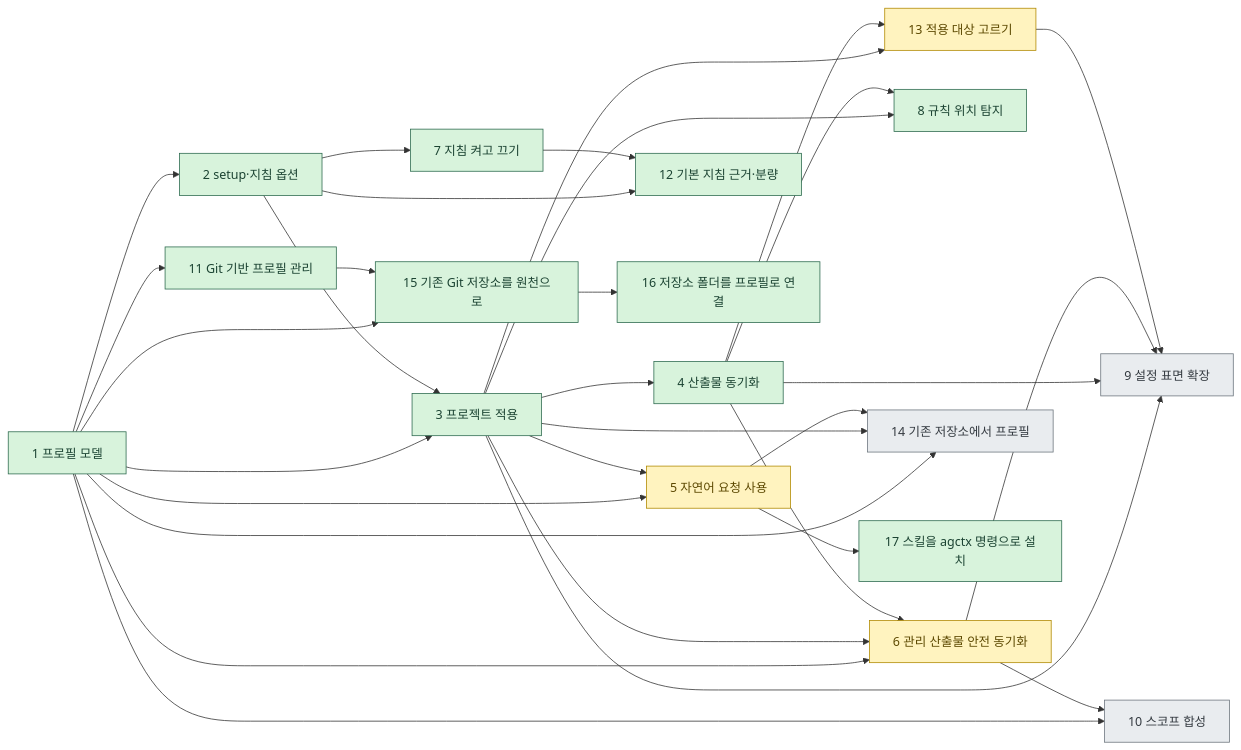
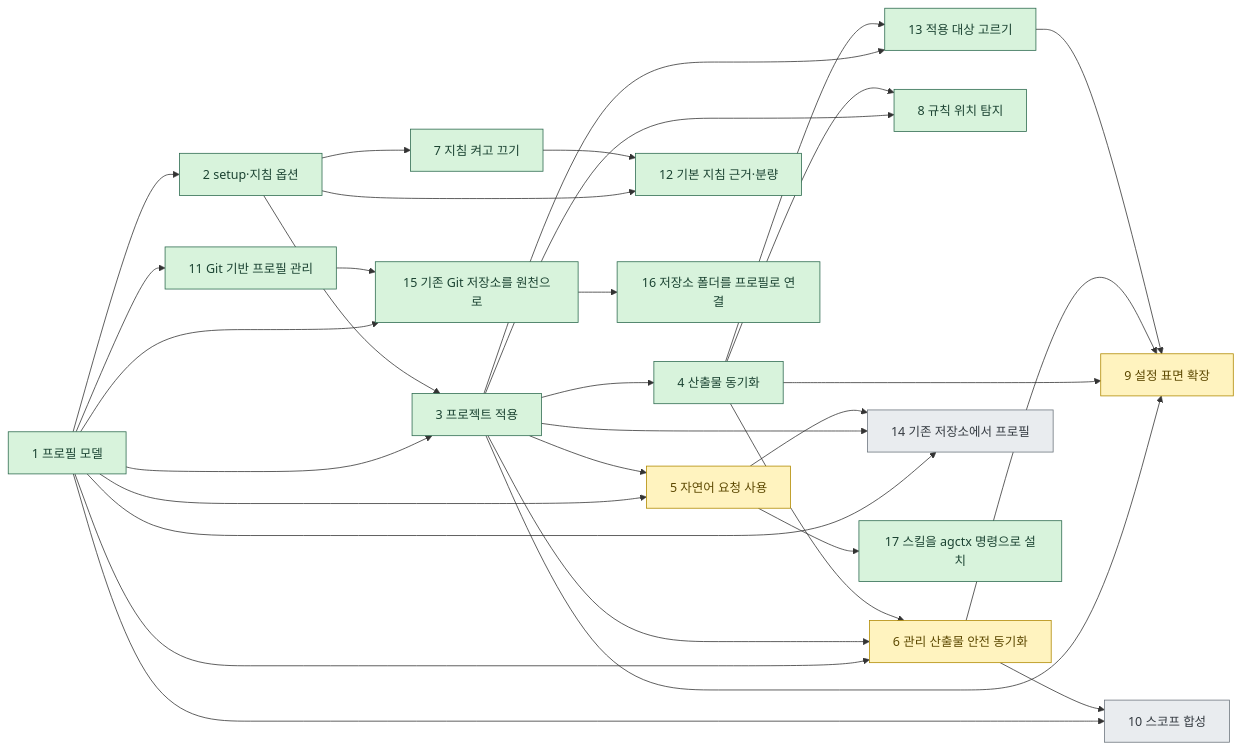
One commit to IsthisLee/agent-context-manager changed the diagram in docs/discussion/architecture/README.md. Above: the diagram before and after it, drawn with Mermaid. The commit also changed other lines of this file and 57 other files, not shown here.

````diff
--- a/docs/discussion/architecture/README.md
+++ b/docs/discussion/architecture/README.md
@@ -40,41 +40,41 @@
 ```mermaid
 flowchart LR
   S1["1 프로필 모델"] --> S2["2 setup·지침 옵션"]
   S1 --> S3["3 프로젝트 적용"]
   S2 --> S3
   S3 --> S4["4 산출물 동기화"]
   S1 --> S5["5 자연어 요청 사용"]
   S3 --> S5
   S1 --> S6["6 관리 산출물 안전 동기화"]
   S3 --> S6
   S4 --> S6
   S2 --> S7["7 지침 켜고 끄기"]
   S3 --> S8["8 규칙 위치 탐지"]
   S4 --> S8
   S3 --> S9["9 설정 표면 확장"]
   S4 --> S9
   S6 --> S9
   S1 --> S10["10 스코프 합성"]
   S6 --> S10
   S1 --> S11["11 Git 기반 프로필 관리"]
   S2 --> S12["12 기본 지침 근거·분량"]
   S7 --> S12
   S3 --> S13["13 적용 대상 고르기"]
   S4 --> S13
   S13 --> S9
   S1 --> S14["14 기존 저장소에서 프로필"]
   S3 --> S14
   S5 --> S14
   S1 --> S15["15 기존 Git 저장소를 원천으로"]
   S11 --> S15
   S15 --> S16["16 저장소 폴더를 프로필로 연결"]
   S5 --> S17["17 스킬을 agctx 명령으로 설치"]
   classDef done fill:#d8f3dc,stroke:#2d6a4f,color:#1b4332
   classDef doing fill:#fff3bf,stroke:#b08900,color:#5c4800
   classDef todo fill:#e9ecef,stroke:#6c757d,color:#343a40
   %% agctx:generated:stage-classes:start
-  class S1,S2,S3,S4,S7,S8,S11,S12,S15,S16,S17 done
-  class S5,S6,S13 doing
-  class S9,S10,S14 todo
+  class S1,S2,S3,S4,S7,S8,S11,S12,S13,S15,S16,S17 done
+  class S5,S6,S9 doing
+  class S10,S14 todo
   %% agctx:generated:stage-classes:end
 ```
````
